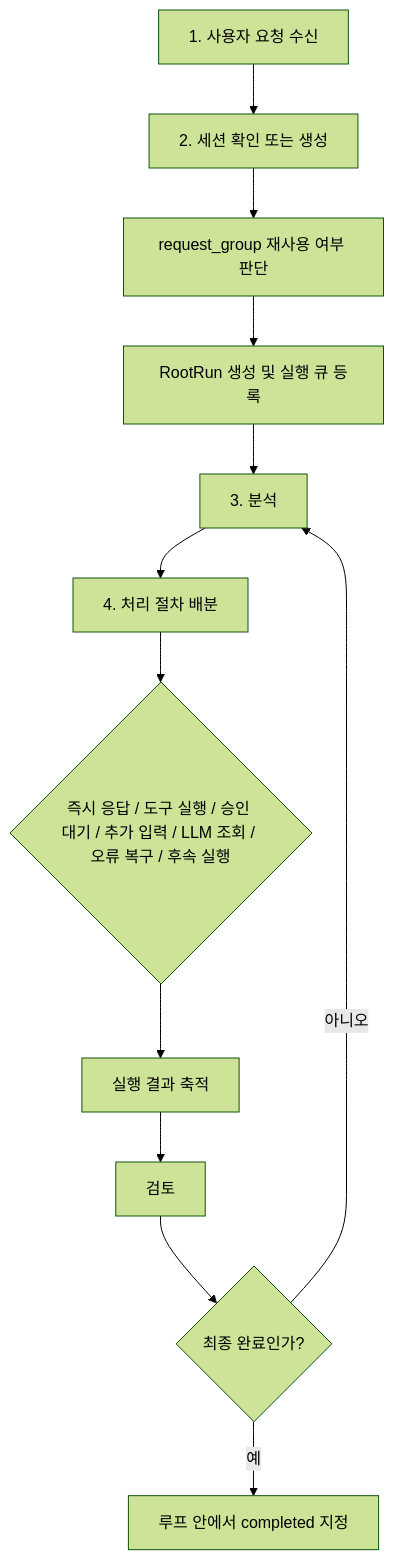
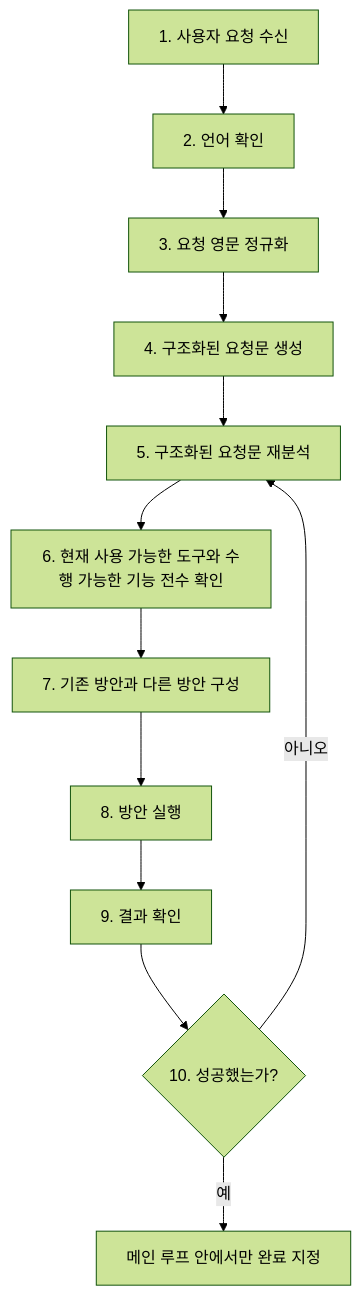
Before and after one commit to Sponzey-com/Sponzey-Nobie: the first of 3 diagrams in process.md, drawn with Mermaid (forest theme). The commit also changed other lines of this file and 22 other files, not shown here.

Commit message:
refactor: restructure intake and run flow

````diff
--- a/process.md
+++ b/process.md
@@ -88,14 +45,14 @@
 ```mermaid
 flowchart TD
-    A["1. 사용자 요청 수신"] --> B["2. 세션 확인 또는 생성"]
-    B --> C["request_group 재사용 여부 판단"]
-    C --> D["RootRun 생성 및 실행 큐 등록"]
-    D --> E["3. 분석"]
-    E --> F["4. 처리 절차 배분"]
-    F --> G{"즉시 응답 / 도구 실행 / 승인 대기 / 추가 입력 / LLM 조회 / 오류 복구 / 후속 실행"}
-    G --> H["실행 결과 축적"]
-    H --> I["검토"]
-    I --> J{"최종 완료인가?"}
+    A["1. 사용자 요청 수신"] --> B["2. 언어 확인"]
+    B --> C["3. 요청 영문 정규화"]
+    C --> D["4. 구조화된 요청문 생성"]
+    D --> E["5. 구조화된 요청문 재분석"]
+    E --> F["6. 현재 사용 가능한 도구와 수행 가능한 기능 전수 확인"]
+    F --> G["7. 기존 방안과 다른 방안 구성"]
+    G --> H["8. 방안 실행"]
+    H --> I["9. 결과 확인"]
+    I --> J{"10. 성공했는가?"}
     J -->|아니오| E
-    J -->|예| K["루프 안에서 completed 지정"]
+    J -->|예| K["메인 루프 안에서만 완료 지정"]
 ```
````
